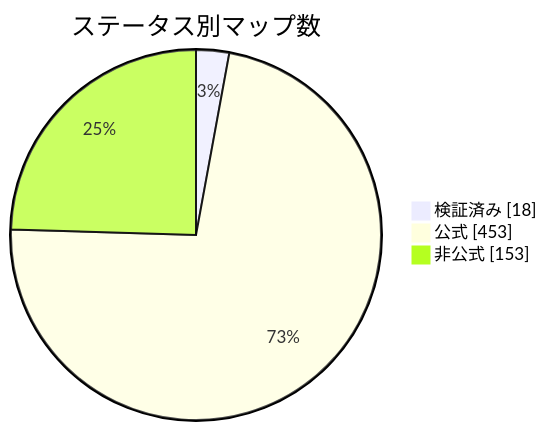
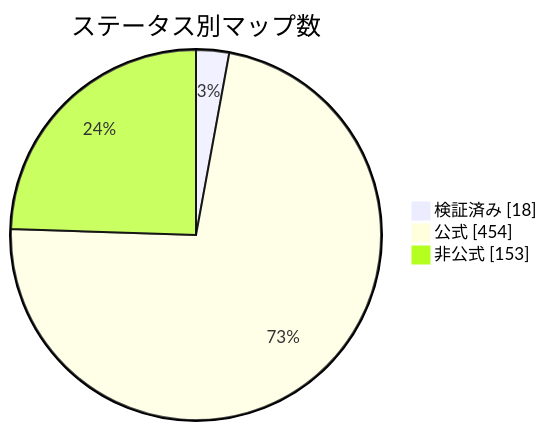
The diagram in docs/readme/README_JP.md (nobrega8/mbmap-library), drawn with Mermaid before and after one commit. The commit also changed 6 other files, not shown here.

````diff
--- a/docs/readme/README_JP.md
+++ b/docs/readme/README_JP.md
@@ -54,7 +54,7 @@
 ```mermaid
 pie showData
     title ステータス別マップ数
     "検証済み" : 18
-    "公式" : 453
+    "公式" : 454
     "非公式" : 153
 ```
````
